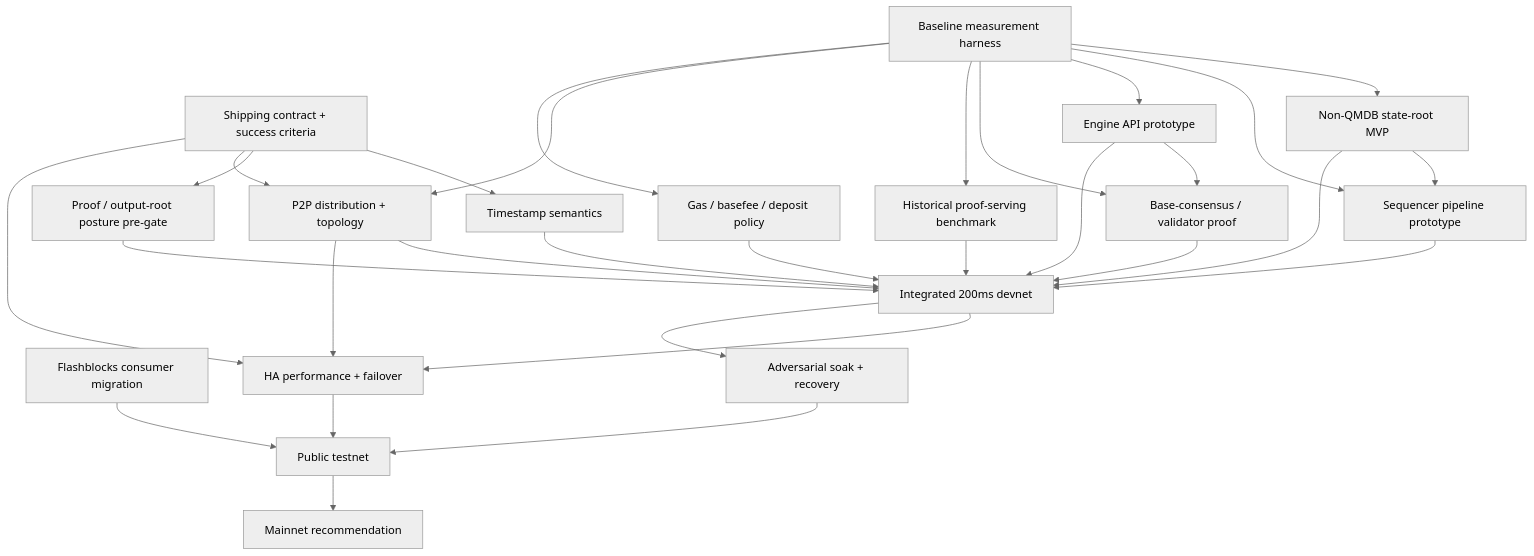
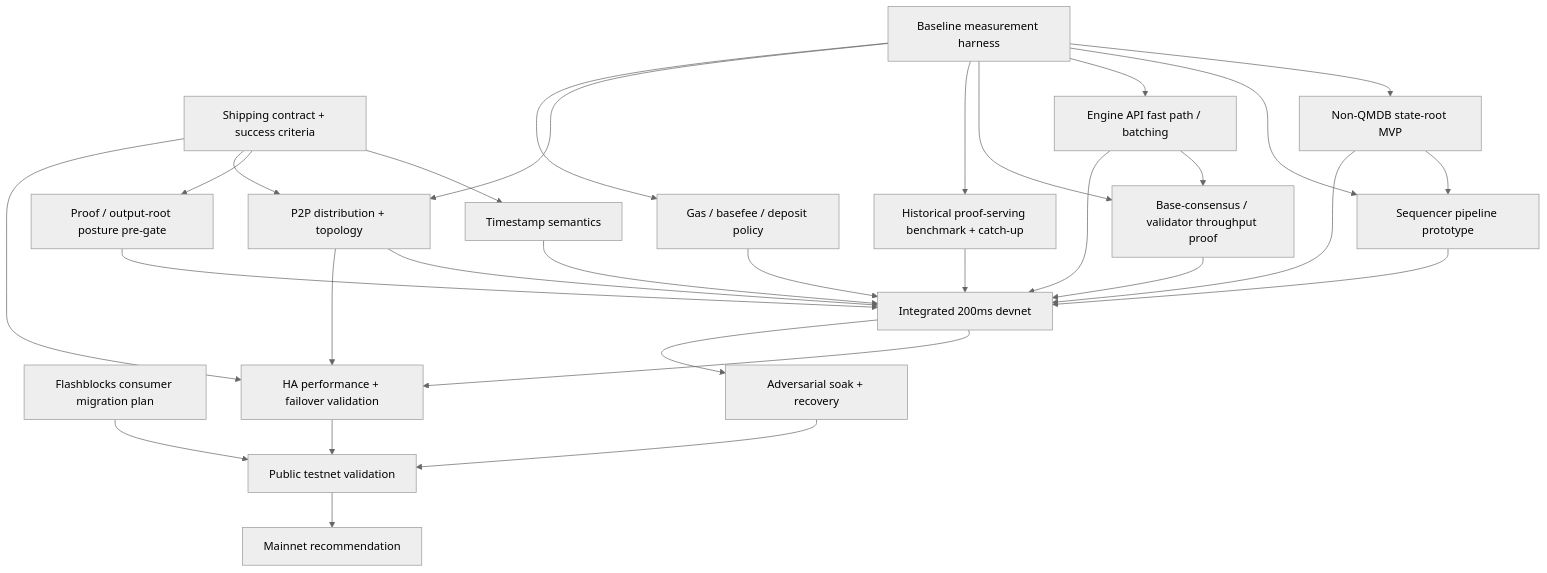
The diagram in 200ms-blocks/src/content/plan.md (0x00101010/notes), drawn with Mermaid (neutral theme) before and after one commit. The commit also changed other lines of this file, not shown here.

Commit message:
Final update to plan

````diff
--- a/200ms-blocks/src/content/plan.md
+++ b/200ms-blocks/src/content/plan.md
@@ -153,50 +129,50 @@
 ```mermaid
 flowchart TD
     A[Shipping contract + success criteria]
     B[Baseline measurement harness]
     C[Timestamp semantics]
     D[Proof / output-root posture pre-gate]
     E[Non-QMDB state-root MVP]
     F[Sequencer pipeline prototype]
-    G[Engine API prototype]
-    H[Base-consensus / validator proof]
-    I[Historical proof-serving benchmark]
+    G[Engine API fast path / batching]
+    H[Base-consensus / validator throughput proof]
+    I[Historical proof-serving benchmark + catch-up]
     K[P2P distribution + topology]
     L[Gas / basefee / deposit policy]
-    M[Flashblocks consumer migration]
+    M[Flashblocks consumer migration plan]
     N[Integrated 200ms devnet]
-    O[HA performance + failover]
+    O[HA performance + failover validation]
     P[Adversarial soak + recovery]
-    Q[Public testnet]
+    Q[Public testnet validation]
     R[Mainnet recommendation]
 
     A --> C
     A --> D
     A --> K
     A --> O
     B --> E
     B --> F
     B --> G
     B --> H
     B --> I
     B --> K
     B --> L
     E --> F
     G --> H
     C --> N
     D --> N
     E --> N
     F --> N
     G --> N
     H --> N
     I --> N
     K --> N
     L --> N
     K --> O
     N --> O
     N --> P
     M --> Q
     O --> Q
     P --> Q
     Q --> R
 ```
````
